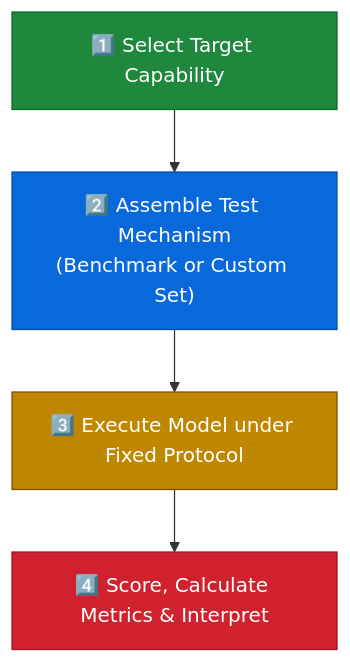
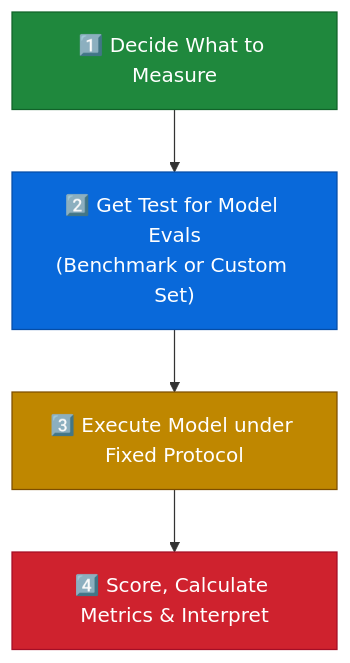
The second of 5 diagrams in 7-LLM-Model-Evals-Capabilities.md (shreyansh791/llm-app-evaluations-learning), drawn with Mermaid before and after one commit.

Commit message:
Update steps for evaluating LLM capabilities

````diff
--- a/7-LLM-Model-Evals-Capabilities.md
+++ b/7-LLM-Model-Evals-Capabilities.md
@@ -169,11 +169,11 @@
 ```mermaid
 flowchart TD
-    S1["1️⃣ Select Target Capability"] --> S2["2️⃣ Assemble Test Mechanism<br/>(Benchmark or Custom Set)"]
+    S1["1️⃣ Decide What to Measure"] --> S2["2️⃣ Get Test for Model Evals<br/>(Benchmark or Custom Set)"]
     S2 --> S3["3️⃣ Execute Model under Fixed Protocol"]
     S3 --> S4["4️⃣ Score, Calculate Metrics & Interpret"]
 
     style S1 fill:#1f883d,stroke:#116329,color:#fff
     style S2 fill:#0969da,stroke:#054da7,color:#fff
     style S3 fill:#bf8700,stroke:#7d4e00,color:#fff
     style S4 fill:#cf222e,stroke:#a40e26,color:#fff
 ```
````
